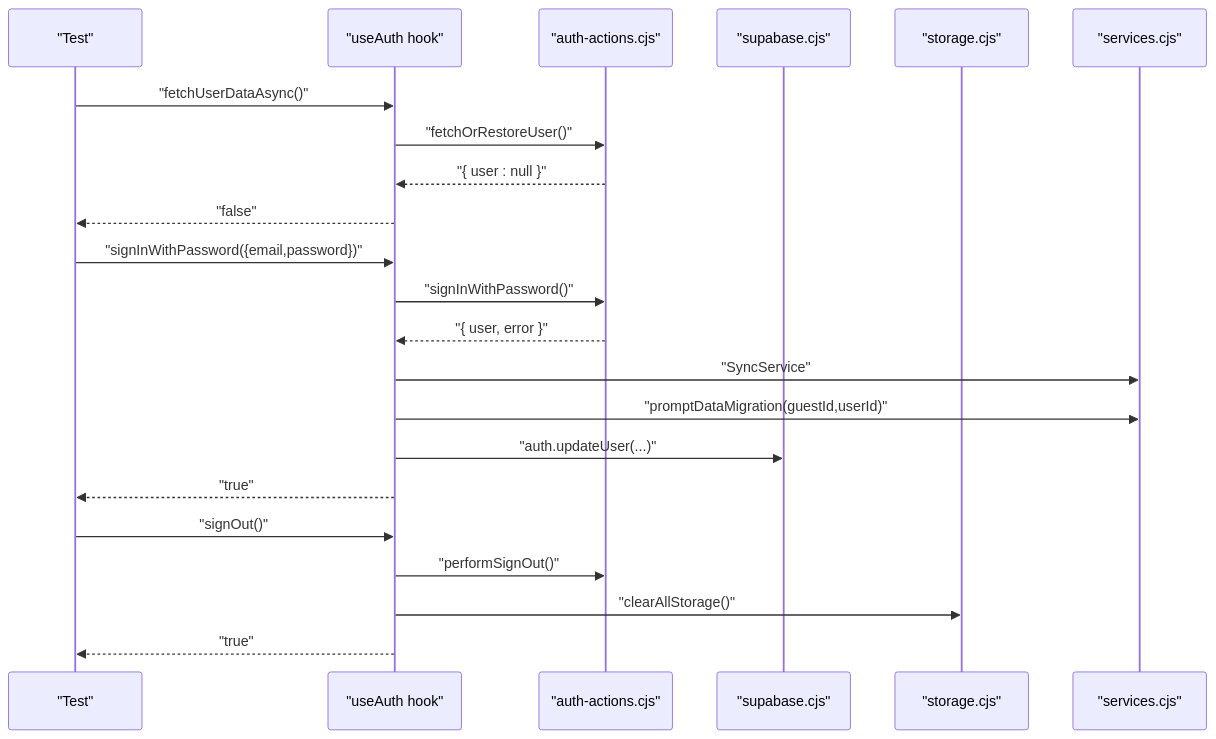
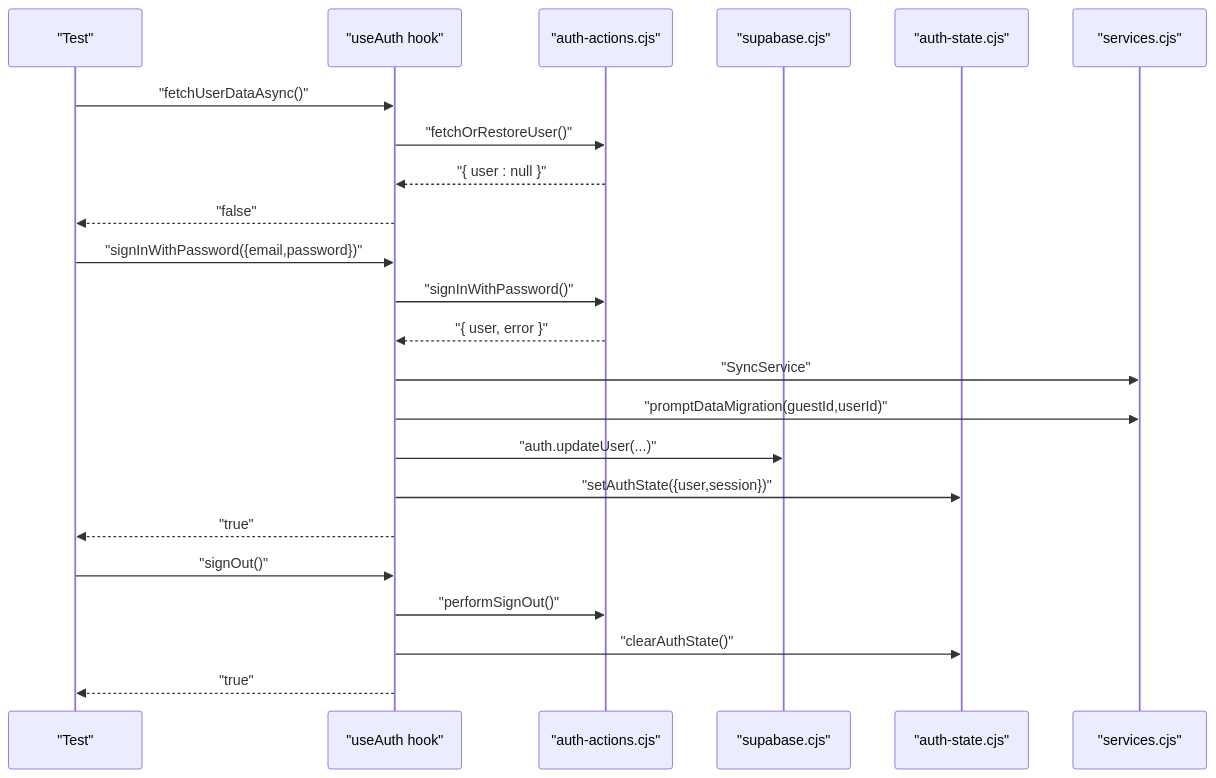
The fourth of 8 diagrams in .qoder/repowiki/en/content/Testing Strategy.md (karllasouzza/PowerLists), drawn with Mermaid before and after one commit. The commit also changed other lines of this file and 5 other files, not shown here.

````diff
--- a/.qoder/repowiki/en/content/Testing Strategy.md
+++ b/.qoder/repowiki/en/content/Testing Strategy.md
@@ -252,24 +269,25 @@
 ```mermaid
 sequenceDiagram
 participant T as "Test"
 participant H as "useAuth hook"
 participant A as "auth-actions.cjs"
 participant S as "supabase.cjs"
-participant ST as "storage.cjs"
-participant SS as "services.cjs"
+participant ST as "auth-state.cjs"
+participant SV as "services.cjs"
 T->>H : "fetchUserDataAsync()"
 H->>A : "fetchOrRestoreUser()"
 A-->>H : "{ user : null }"
 H-->>T : "false"
 T->>H : "signInWithPassword({email,password})"
 H->>A : "signInWithPassword()"
 A-->>H : "{ user, error }"
-H->>SS : "SyncService"
-H->>SS : "promptDataMigration(guestId,userId)"
+H->>SV : "SyncService"
+H->>SV : "promptDataMigration(guestId,userId)"
 H->>S : "auth.updateUser(...)"
+H->>ST : "setAuthState({user,session})"
 H-->>T : "true"
 T->>H : "signOut()"
 H->>A : "performSignOut()"
-H->>ST : "clearAllStorage()"
+H->>ST : "clearAuthState()"
 H-->>T : "true"
 ```
````
